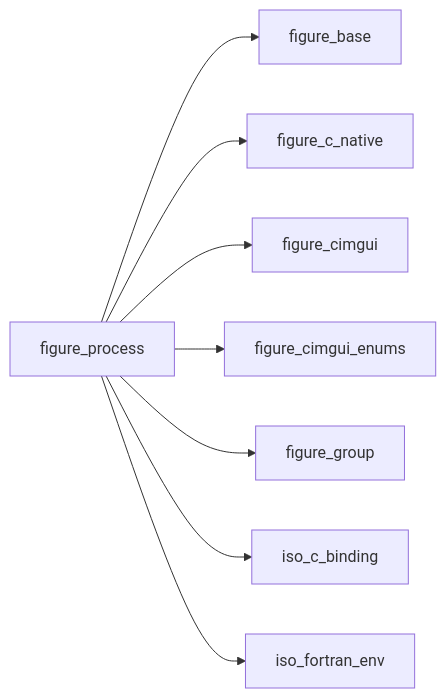
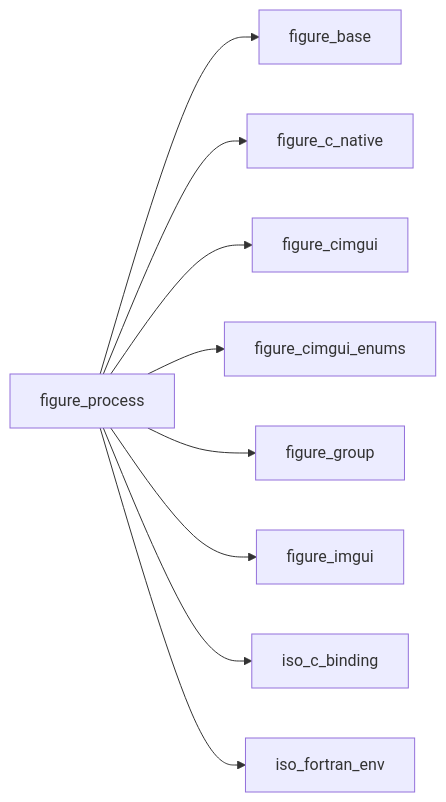
Before and after one commit to szaghi/figure: the first of 16 diagrams in docs/api/src/lib/figure_process.md, drawn with Mermaid. The commit also changed other lines of this file and 54 other files, not shown here.

````diff
--- a/docs/api/src/lib/figure_process.md
+++ b/docs/api/src/lib/figure_process.md
@@ -25,10 +26,17 @@
 ```mermaid
 graph LR
   figure_process["figure_process"] --> figure_base["figure_base"]
   figure_process["figure_process"] --> figure_c_native["figure_c_native"]
   figure_process["figure_process"] --> figure_cimgui["figure_cimgui"]
   figure_process["figure_process"] --> figure_cimgui_enums["figure_cimgui_enums"]
   figure_process["figure_process"] --> figure_group["figure_group"]
+  figure_process["figure_process"] --> figure_imgui["figure_imgui"]
   figure_process["figure_process"] --> iso_c_binding["iso_c_binding"]
   figure_process["figure_process"] --> iso_fortran_env["iso_fortran_env"]
+  click figure_base href "figure_base.html" "figure_base"
+  click figure_c_native href "figure_c_native.html" "figure_c_native"
+  click figure_cimgui href "figure_cimgui.html" "figure_cimgui"
+  click figure_cimgui_enums href "figure_cimgui_enums.html" "figure_cimgui_enums"
+  click figure_group href "figure_group.html" "figure_group"
+  click figure_imgui href "figure_imgui.html" "figure_imgui"
 ```
````
